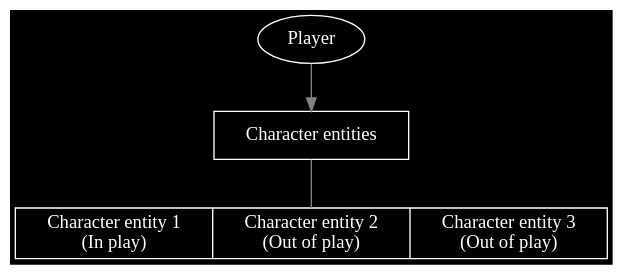
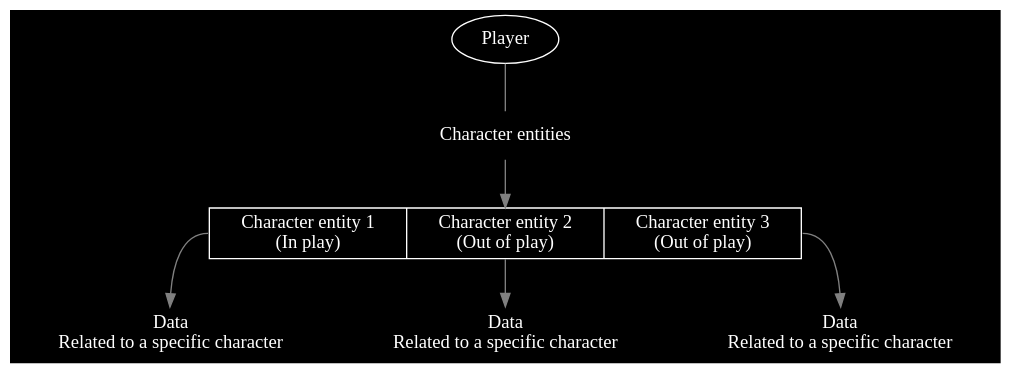
One commit to Alt-Org/Altzone changed the fifth of 8 diagrams in Doc/Doxygen/Battle/additional-documentation/pages/1-concepts-player-.md. Above: the diagram before and after it, drawn with Graphviz. The commit also changed other lines of this file, not shown here.

Commit message:
Battle 1-concepts-player-.md: Updated documentation

````diff
--- a/Doc/Doxygen/Battle/additional-documentation/pages/1-concepts-player-.md
+++ b/Doc/Doxygen/Battle/additional-documentation/pages/1-concepts-player-.md
@@ -191,17 +201,26 @@
 ```dot
 digraph PlayerCharacterEntities {
   color=white;
   fontcolor=white;
   bgcolor=black;
 
   node [shape=box, style=filled, color=white, fontcolor=white, fillcolor=black];
   edge [color=gray];
 
   Player              [label="Player", shape=ellipse];
-  CharacterEntities   [label="Character entities"];
-  CharacterEntityList [label="Character entity 1\n(In play) | Character entity 2\n(Out of play) | Character entity 3\n(Out of play)", shape=record];
+  CharacterEntities   [label="Character entities", color="transparent"];
+  CharacterEntityList [label="<0> Character entity 1\n(In play) | <1> Character entity 2\n(Out of play) | <2> Character entity 3\n(Out of play)", shape=record];
 
-  Player -> CharacterEntities;
-  CharacterEntities -> CharacterEntityList [dir=none];
+  node [color="transparent"];
+
+  CharacterData1      [label="Data\nRelated to a specific character"];
+  CharacterData2      [label="Data\nRelated to a specific character"];
+  CharacterData3      [label="Data\nRelated to a specific character"];
+
+  Player -> CharacterEntities [dir=none];
+  CharacterEntities -> CharacterEntityList;
+  CharacterEntityList:0 -> CharacterData1;
+  CharacterEntityList:1 -> CharacterData2;
+  CharacterEntityList:2 -> CharacterData3;
 }
 ```
````
